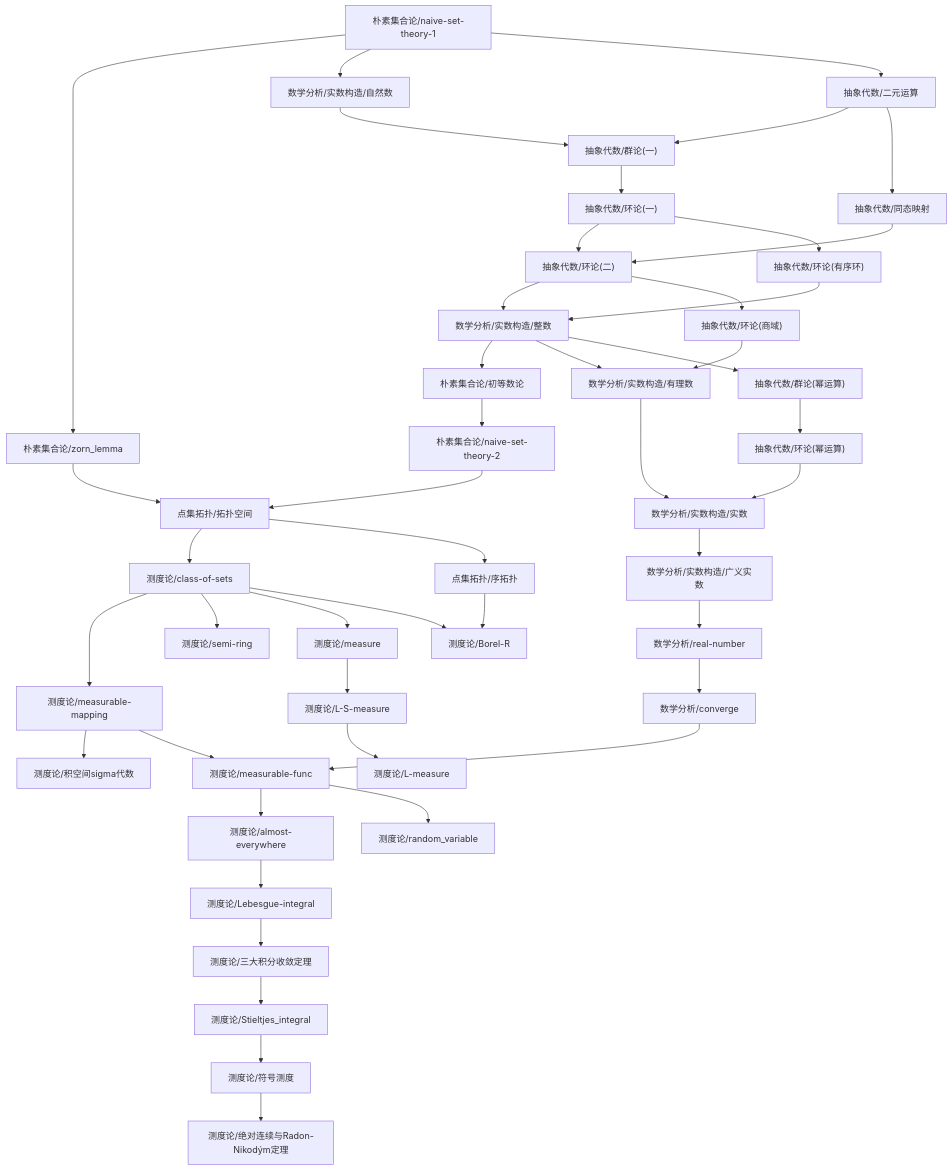
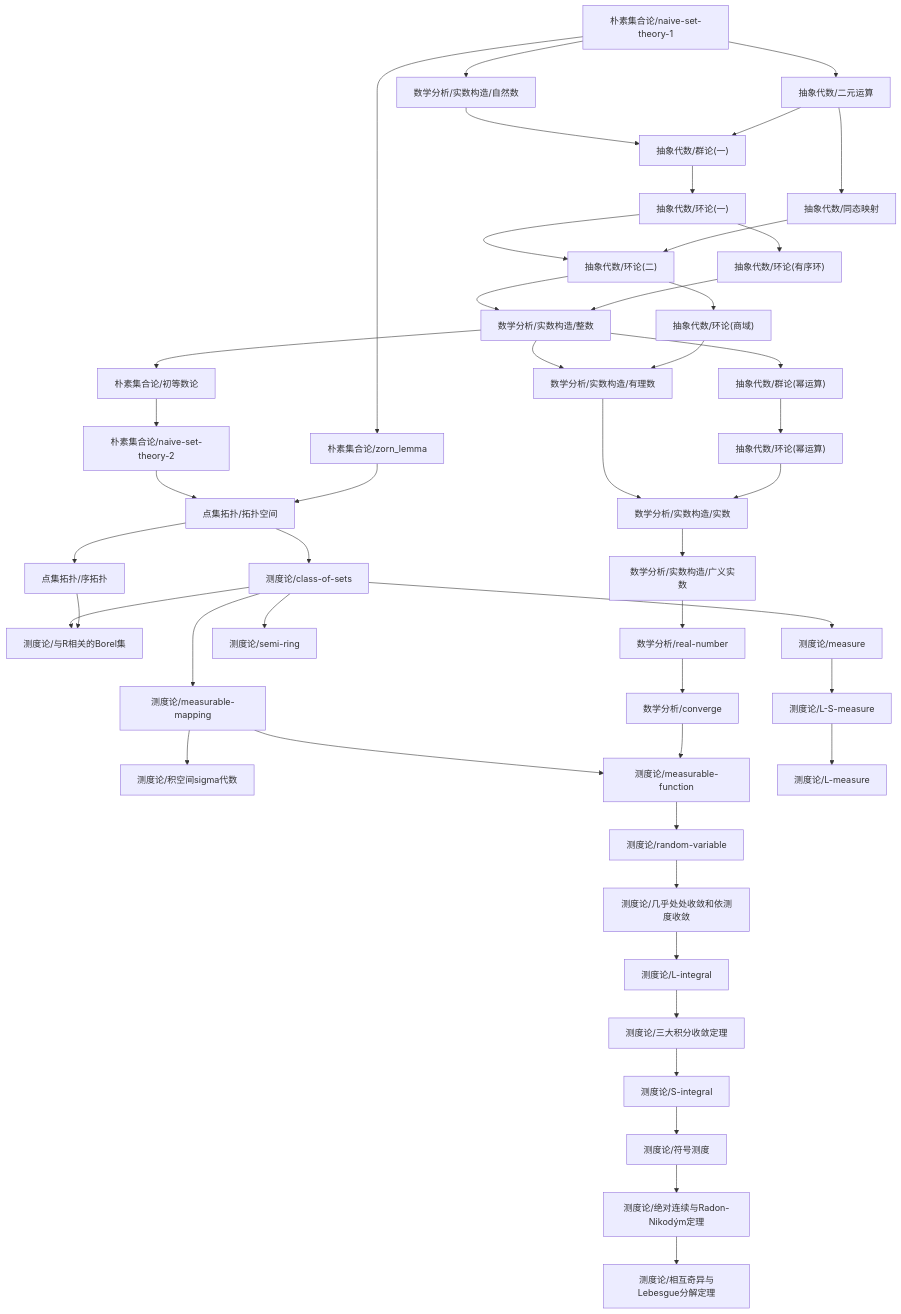
One commit to zengls3186428803/zengls3186428803.github.io changed the diagram in content/测度论/dependency_graph.md. Above: the diagram before and after it, drawn with Mermaid. The commit also changed 12 other files, not shown here.

````diff
--- a/content/测度论/dependency_graph.md
+++ b/content/测度论/dependency_graph.md
@@ -1,48 +1,49 @@
 ```mermaid
 graph TD
 1["点集拓扑/拓扑空间"] --> 0["测度论/class-of-sets"]
-3["测度论/almost-everywhere"] --> 2["测度论/Lebesgue-integral"]
-5["测度论/Stieltjes_integral"] --> 4["测度论/符号测度"]
-7["测度论/measurable-mapping"] --> 6["测度论/积空间sigma代数"]
-8["测度论/三大积分收敛定理"] --> 5["测度论/Stieltjes_integral"]
-0["测度论/class-of-sets"] --> 7["测度论/measurable-mapping"]
-10["测度论/measure"] --> 9["测度论/L-S-measure"]
-7["测度论/measurable-mapping"] --> 11["测度论/measurable-func"]
-12["数学分析/converge"] --> 11["测度论/measurable-func"]
+3["测度论/S-integral"] --> 2["测度论/符号测度"]
+5["测度论/measurable-mapping"] --> 4["测度论/积空间sigma代数"]
+0["测度论/class-of-sets"] --> 5["测度论/measurable-mapping"]
+0["测度论/class-of-sets"] --> 6["测度论/与R相关的Borel集"]
+7["点集拓扑/序拓扑"] --> 6["测度论/与R相关的Borel集"]
+5["测度论/measurable-mapping"] --> 8["测度论/measurable-function"]
+9["数学分析/converge"] --> 8["测度论/measurable-function"]
+8["测度论/measurable-function"] --> 10["测度论/random-variable"]
+12["测度论/measure"] --> 11["测度论/L-S-measure"]
 0["测度论/class-of-sets"] --> 13["测度论/semi-ring"]
-2["测度论/Lebesgue-integral"] --> 8["测度论/三大积分收敛定理"]
-11["测度论/measurable-func"] --> 3["测度论/almost-everywhere"]
-11["测度论/measurable-func"] --> 14["测度论/random_variable"]
-4["测度论/符号测度"] --> 16["测度论/绝对连续与Radon-Nikodým定理"]
-0["测度论/class-of-sets"] --> 10["测度论/measure"]
-9["测度论/L-S-measure"] --> 17["测度论/L-measure"]
-0["测度论/class-of-sets"] --> 18["测度论/Borel-R"]
-19["点集拓扑/序拓扑"] --> 18["测度论/Borel-R"]
-1["点集拓扑/拓扑空间"] --> 19["点集拓扑/序拓扑"]
-20["朴素集合论/naive-set-theory-2"] --> 1["点集拓扑/拓扑空间"]
-21["朴素集合论/zorn_lemma"] --> 1["点集拓扑/拓扑空间"]
-22["朴素集合论/初等数论"] --> 20["朴素集合论/naive-set-theory-2"]
-23["朴素集合论/naive-set-theory-1"] --> 21["朴素集合论/zorn_lemma"]
-24["数学分析/实数构造/整数"] --> 22["朴素集合论/初等数论"]
-25["抽象代数/环论(二)"] --> 24["数学分析/实数构造/整数"]
-26["抽象代数/环论(有序环)"] --> 24["数学分析/实数构造/整数"]
-27["抽象代数/环论(一)"] --> 25["抽象代数/环论(二)"]
-28["抽象代数/同态映射"] --> 25["抽象代数/环论(二)"]
-27["抽象代数/环论(一)"] --> 26["抽象代数/环论(有序环)"]
-29["抽象代数/群论(一)"] --> 27["抽象代数/环论(一)"]
-30["数学分析/实数构造/自然数"] --> 29["抽象代数/群论(一)"]
-31["抽象代数/二元运算"] --> 29["抽象代数/群论(一)"]
-23["朴素集合论/naive-set-theory-1"] --> 30["数学分析/实数构造/自然数"]
-23["朴素集合论/naive-set-theory-1"] --> 31["抽象代数/二元运算"]
-31["抽象代数/二元运算"] --> 28["抽象代数/同态映射"]
-32["数学分析/real-number"] --> 12["数学分析/converge"]
-33["数学分析/实数构造/广义实数"] --> 32["数学分析/real-number"]
-34["数学分析/实数构造/实数"] --> 33["数学分析/实数构造/广义实数"]
-24["数学分析/实数构造/整数"] --> 35["数学分析/实数构造/有理数"]
-36["抽象代数/环论(商域)"] --> 35["数学分析/实数构造/有理数"]
-35["数学分析/实数构造/有理数"] --> 34["数学分析/实数构造/实数"]
-37["抽象代数/环论(幂运算)"] --> 34["数学分析/实数构造/实数"]
-38["抽象代数/群论(幂运算)"] --> 37["抽象代数/环论(幂运算)"]
-24["数学分析/实数构造/整数"] --> 38["抽象代数/群论(幂运算)"]
-25["抽象代数/环论(二)"] --> 36["抽象代数/环论(商域)"]
+15["测度论/L-integral"] --> 14["测度论/三大积分收敛定理"]
+2["测度论/符号测度"] --> 17["测度论/绝对连续与Radon-Nikodým定理"]
+0["测度论/class-of-sets"] --> 12["测度论/measure"]
+10["测度论/random-variable"] --> 18["测度论/几乎处处收敛和依测度收敛"]
+11["测度论/L-S-measure"] --> 19["测度论/L-measure"]
+14["测度论/三大积分收敛定理"] --> 3["测度论/S-integral"]
+17["测度论/绝对连续与Radon-Nikodým定理"] --> 20["测度论/相互奇异与Lebesgue分解定理"]
+18["测度论/几乎处处收敛和依测度收敛"] --> 15["测度论/L-integral"]
+21["数学分析/real-number"] --> 9["数学分析/converge"]
+22["数学分析/实数构造/广义实数"] --> 21["数学分析/real-number"]
+23["数学分析/实数构造/实数"] --> 22["数学分析/实数构造/广义实数"]
+25["朴素集合论/naive-set-theory-1"] --> 24["数学分析/实数构造/自然数"]
+27["抽象代数/环论(二)"] --> 26["数学分析/实数构造/整数"]
+28["抽象代数/环论(有序环)"] --> 26["数学分析/实数构造/整数"]
+26["数学分析/实数构造/整数"] --> 29["数学分析/实数构造/有理数"]
+30["抽象代数/环论(商域)"] --> 29["数学分析/实数构造/有理数"]
+29["数学分析/实数构造/有理数"] --> 23["数学分析/实数构造/实数"]
+31["抽象代数/环论(幂运算)"] --> 23["数学分析/实数构造/实数"]
+32["抽象代数/群论(幂运算)"] --> 31["抽象代数/环论(幂运算)"]
+26["数学分析/实数构造/整数"] --> 32["抽象代数/群论(幂运算)"]
+27["抽象代数/环论(二)"] --> 30["抽象代数/环论(商域)"]
+33["抽象代数/环论(一)"] --> 27["抽象代数/环论(二)"]
+34["抽象代数/同态映射"] --> 27["抽象代数/环论(二)"]
+35["抽象代数/群论(一)"] --> 33["抽象代数/环论(一)"]
+36["抽象代数/二元运算"] --> 34["抽象代数/同态映射"]
+25["朴素集合论/naive-set-theory-1"] --> 36["抽象代数/二元运算"]
+24["数学分析/实数构造/自然数"] --> 35["抽象代数/群论(一)"]
+36["抽象代数/二元运算"] --> 35["抽象代数/群论(一)"]
+33["抽象代数/环论(一)"] --> 28["抽象代数/环论(有序环)"]
+1["点集拓扑/拓扑空间"] --> 7["点集拓扑/序拓扑"]
+37["朴素集合论/naive-set-theory-2"] --> 1["点集拓扑/拓扑空间"]
+38["朴素集合论/zorn_lemma"] --> 1["点集拓扑/拓扑空间"]
+39["朴素集合论/初等数论"] --> 37["朴素集合论/naive-set-theory-2"]
+25["朴素集合论/naive-set-theory-1"] --> 38["朴素集合论/zorn_lemma"]
+26["数学分析/实数构造/整数"] --> 39["朴素集合论/初等数论"]
 ```
````
